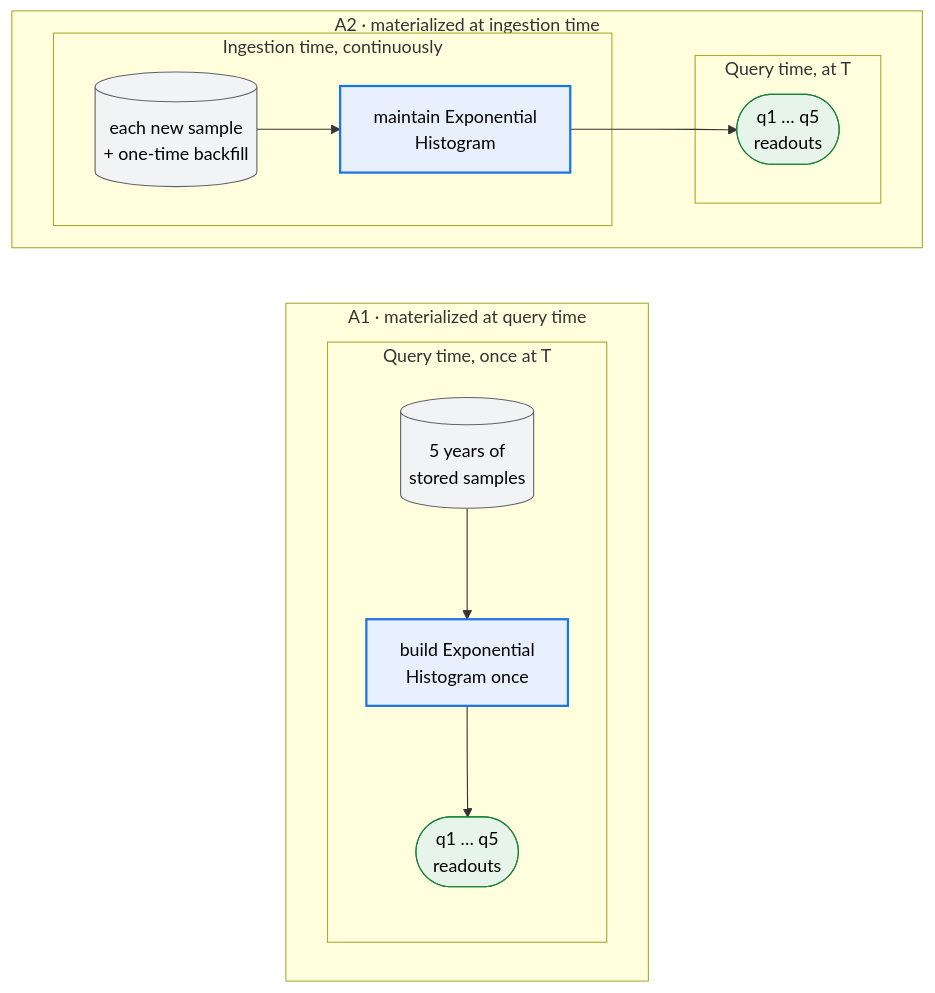
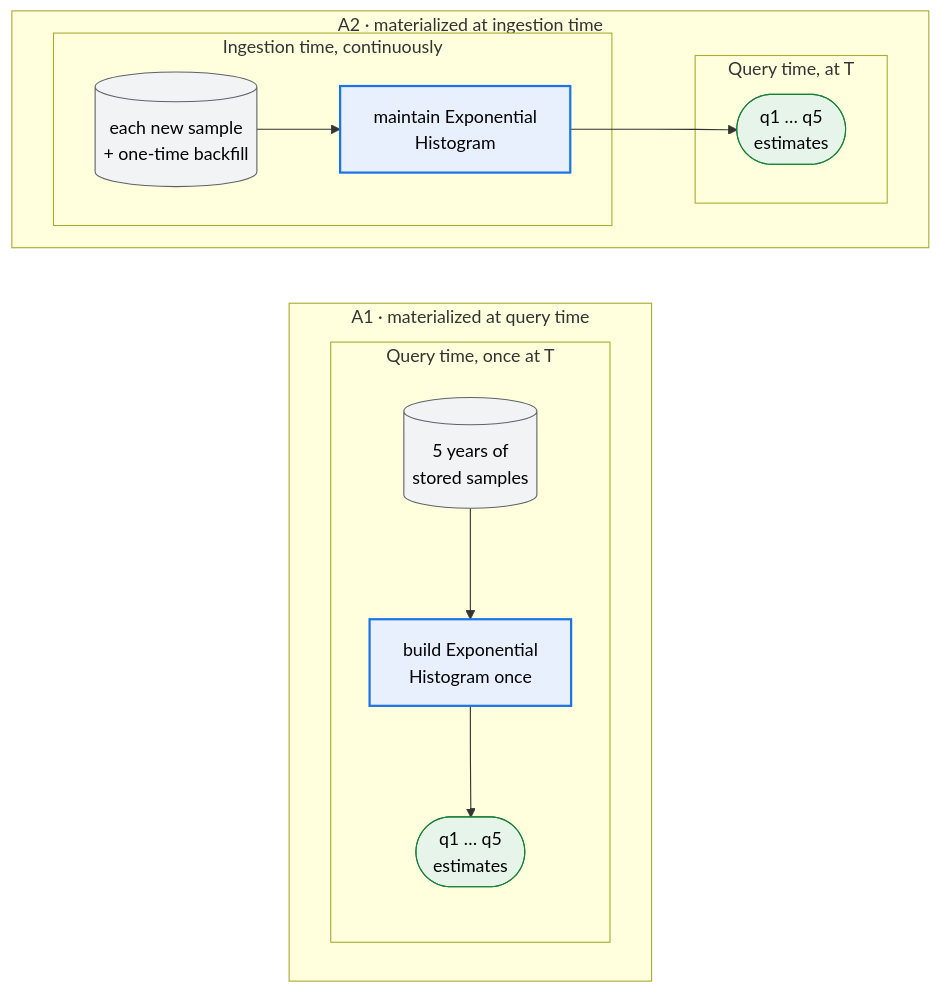
Before and after one commit to ProjectASAP/ASAPPlanner: the sixth of 7 diagrams in docs/design_docs/proposals/planner-layering.md, drawn with Mermaid. The commit also changed other lines of this file, not shown here.

````diff
--- a/docs/design_docs/proposals/planner-layering.md
+++ b/docs/design_docs/proposals/planner-layering.md
@@ -659,24 +670,24 @@
 ```mermaid
 flowchart LR
   subgraph A1["A1 · materialized at query time"]
     direction LR
     subgraph A1Q["Query time, once at T"]
       s3[("5 years of<br/>stored samples")]:::data --> h3["build Exponential<br/>Histogram once"]:::summary
-      h3 --> r3(["q1 … q5<br/>readouts"]):::readout
+      h3 --> r3(["q1 … q5<br/>estimates"]):::estimate
     end
   end
   subgraph A2["A2 · materialized at ingestion time"]
     direction LR
     subgraph A2I["Ingestion time, continuously"]
       s4[("each new sample<br/>+ one-time backfill")]:::data --> h4["maintain Exponential<br/>Histogram"]:::summary
     end
     subgraph A2Q["Query time, at T"]
-      r4(["q1 … q5<br/>readouts"]):::readout
+      r4(["q1 … q5<br/>estimates"]):::estimate
     end
     h4 --> r4
   end
   classDef data fill:#f1f3f4,stroke:#5f6368,color:#000;
   classDef exact fill:#fff,stroke:#5f6368,color:#000;
   classDef summary fill:#e8f0fe,stroke:#1a73e8,stroke-width:2px,color:#000;
-  classDef readout fill:#e6f4ea,stroke:#188038,color:#000;
+  classDef estimate fill:#e6f4ea,stroke:#188038,color:#000;
 ```
````
